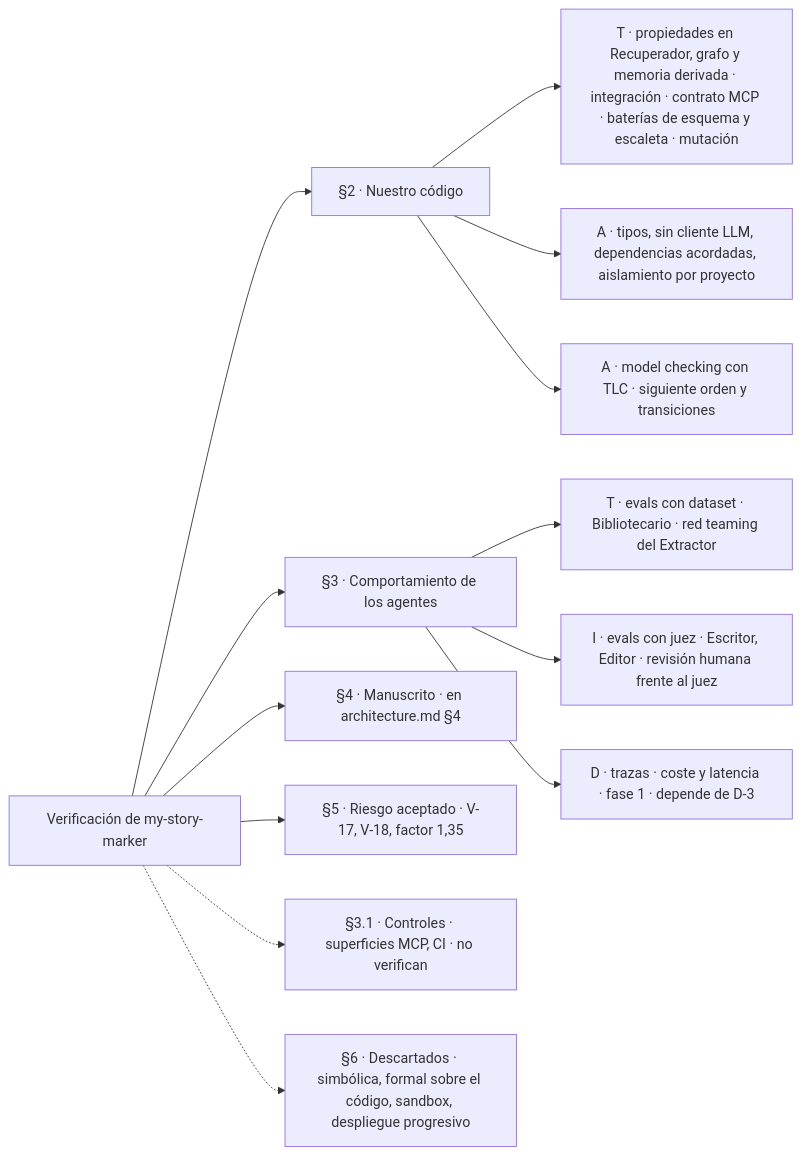
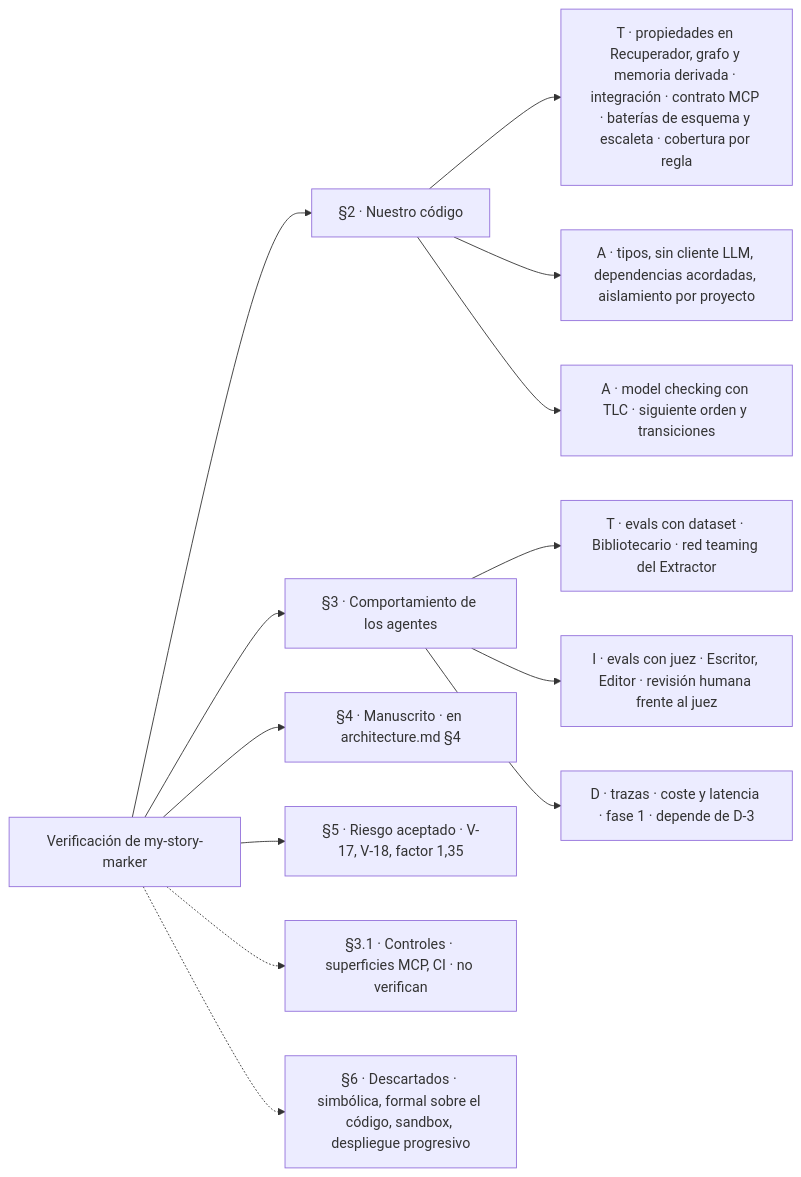
Before and after one commit to Asieribarz/my-story-marker: the second of 2 diagrams in docs/validators.md, drawn with Mermaid. The commit also changed other lines of this file and 116 other files, not shown here.

````diff
--- a/docs/validators.md
+++ b/docs/validators.md
@@ -292,18 +306,18 @@
 ```mermaid
 flowchart LR
   V["Verificación de my-story-marker"] --> C["§2 · Nuestro código"]
   V --> A["§3 · Comportamiento de los agentes"]
   V --> M["§4 · Manuscrito · en architecture.md §4"]
 
-  C --> CT["T · propiedades en Recuperador, grafo y memoria derivada · integración · contrato MCP · baterías de esquema y escaleta · mutación"]
+  C --> CT["T · propiedades en Recuperador, grafo y memoria derivada · integración · contrato MCP · baterías de esquema y escaleta · cobertura por regla"]
   C --> CA["A · tipos, sin cliente LLM, dependencias acordadas, aislamiento por proyecto"]
 
   A --> AT["T · evals con dataset · Bibliotecario · red teaming del Extractor"]
   A --> AI["I · evals con juez · Escritor, Editor · revisión humana frente al juez"]
   C --> CM["A · model checking con TLC · siguiente orden y transiciones"]
   A --> AD["D · trazas · coste y latencia · fase 1 · depende de D-3"]
 
   V --> U["§5 · Riesgo aceptado · V-17, V-18, factor 1,35"]
   V -.-> CTL["§3.1 · Controles · superficies MCP, CI · no verifican"]
   V -.-> X["§6 · Descartados · simbólica, formal sobre el código, sandbox, despliegue progresivo"]
 ```
````
